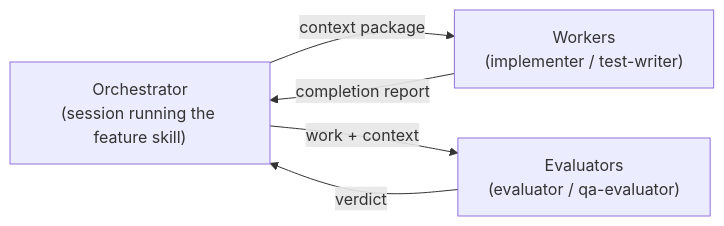
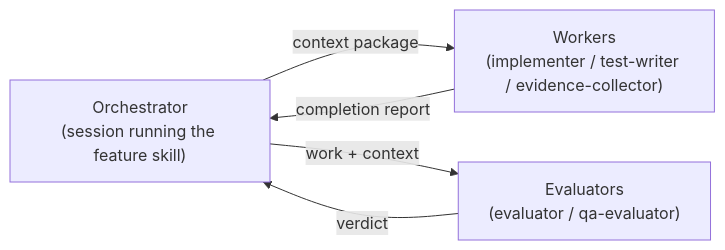
The first of 5 diagrams in skills/agent-kit/templates/ORCHESTRATION.md (kdcllc/skills), drawn with Mermaid before and after one commit. The commit also changed other lines of this file and 356 other files, not shown here.

````diff
--- a/skills/agent-kit/templates/ORCHESTRATION.md
+++ b/skills/agent-kit/templates/ORCHESTRATION.md
@@ -80,11 +80,11 @@
 ```mermaid
 flowchart LR
     Orch["Orchestrator\n(session running the feature skill)"]
-    Workers["Workers\n(implementer / test-writer)"]
+    Workers["Workers\n(implementer / test-writer / evidence-collector)"]
     Evals["Evaluators\n(evaluator / qa-evaluator)"]
 
     Orch -->|"context package"| Workers
     Workers -->|"completion report"| Orch
     Orch -->|"work + context"| Evals
     Evals -->|"verdict"| Orch
 ```
````
